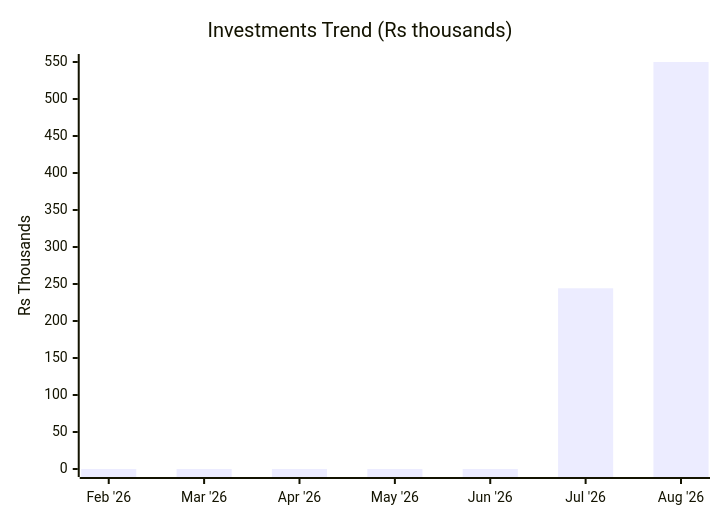
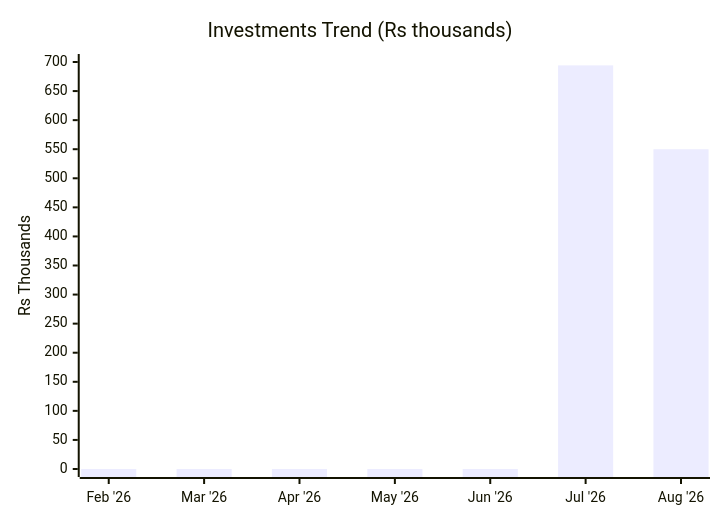
One commit to sachin-hg/expense-reporter changed the third of 3 diagrams in reports/2026-08.md. Above: the diagram before and after it, drawn with Mermaid. The commit also changed other lines of this file and 6 other files, not shown here.

````diff
--- a/reports/2026-08.md
+++ b/reports/2026-08.md
@@ -67,7 +67,7 @@
 ```mermaid
 xychart-beta
     title "Investments Trend (Rs thousands)"
     x-axis ["Feb '26", "Mar '26", "Apr '26", "May '26", "Jun '26", "Jul '26", "Aug '26"]
-    y-axis "Rs Thousands" 0 --> 550
-    bar "Investments" [0.0, 0.0, 0.0, 0.0, 0.0, 244.2, 550.0]
+    y-axis "Rs Thousands" 0 --> 700
+    bar "Investments" [0.0, 0.0, 0.0, 0.0, 0.0, 694.2, 550.0]
 ```
````
